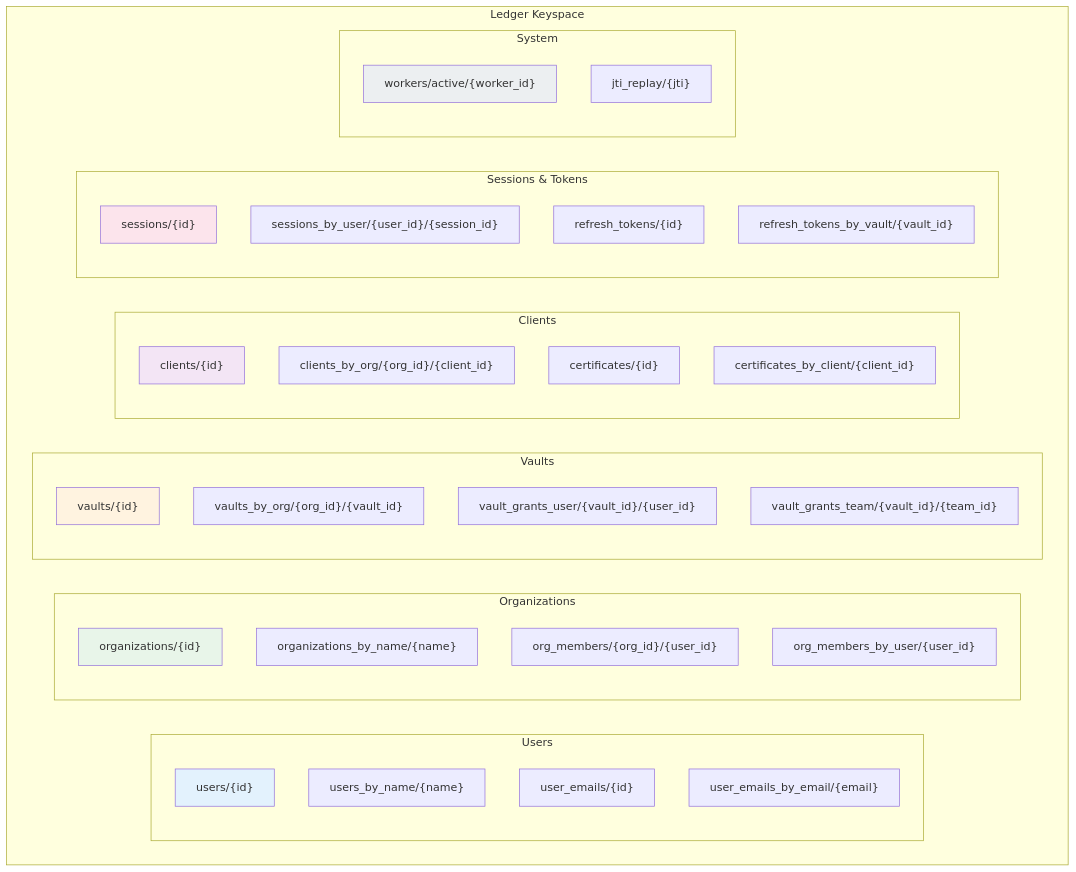
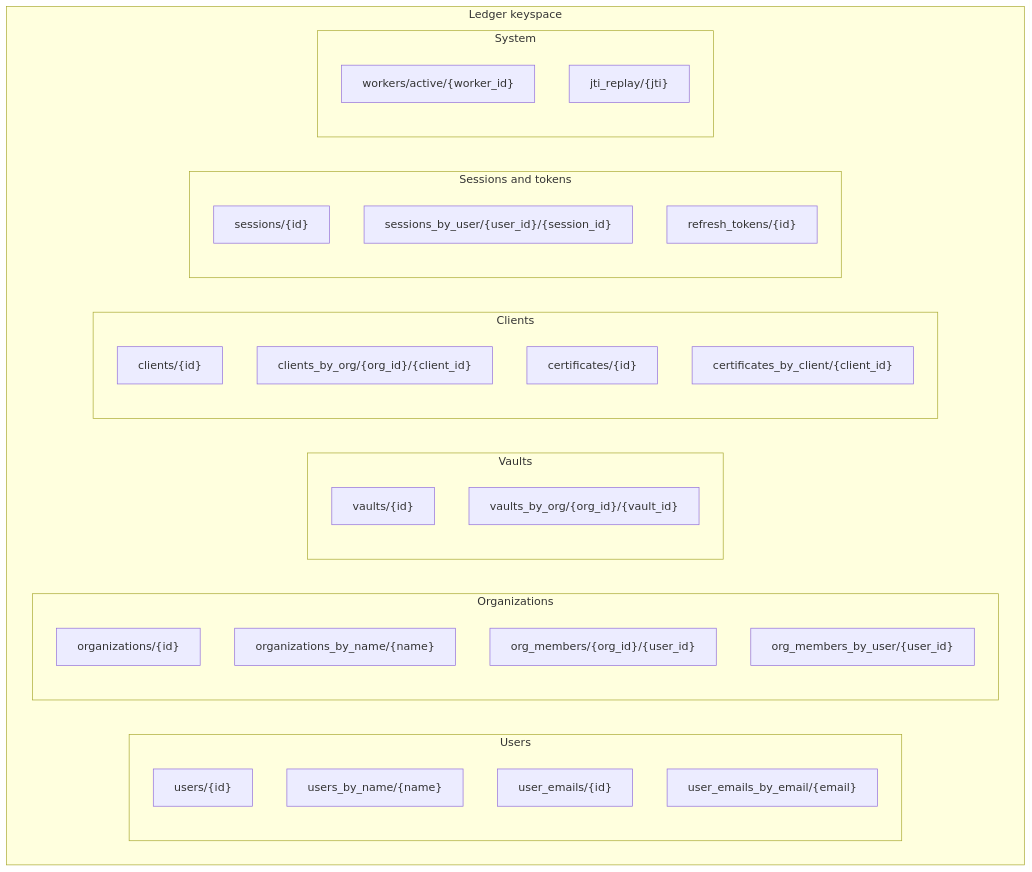
Before and after one commit to inferadb/control: the fourth of 5 diagrams in docs/architecture.md, drawn with Mermaid. The commit also changed other lines of this file and 46 other files, not shown here.

````diff
--- a/docs/architecture.md
+++ b/docs/architecture.md
@@ -274,51 +171,41 @@
 ```mermaid
 graph TB
-    subgraph "Ledger Keyspace"
+    subgraph "Ledger keyspace"
         subgraph "Users"
             U1["users/{id}"]
             U2["users_by_name/{name}"]
             U3["user_emails/{id}"]
             U4["user_emails_by_email/{email}"]
         end
 
         subgraph "Organizations"
             O1["organizations/{id}"]
             O2["organizations_by_name/{name}"]
             O3["org_members/{org_id}/{user_id}"]
             O4["org_members_by_user/{user_id}"]
         end
 
         subgraph "Vaults"
             V1["vaults/{id}"]
             V2["vaults_by_org/{org_id}/{vault_id}"]
-            V3["vault_grants_user/{vault_id}/{user_id}"]
-            V4["vault_grants_team/{vault_id}/{team_id}"]
         end
 
         subgraph "Clients"
             C1["clients/{id}"]
             C2["clients_by_org/{org_id}/{client_id}"]
             C3["certificates/{id}"]
             C4["certificates_by_client/{client_id}"]
         end
 
-        subgraph "Sessions & Tokens"
+        subgraph "Sessions and tokens"
             S1["sessions/{id}"]
             S2["sessions_by_user/{user_id}/{session_id}"]
             S3["refresh_tokens/{id}"]
-            S4["refresh_tokens_by_vault/{vault_id}"]
         end
 
         subgraph "System"
             SYS1["workers/active/{worker_id}"]
-            SYS3["jti_replay/{jti}"]
+            SYS2["jti_replay/{jti}"]
         end
     end
-
-    style U1 fill:#E3F2FD
-    style O1 fill:#E8F5E9
-    style V1 fill:#FFF3E0
-    style C1 fill:#F3E5F5
-    style S1 fill:#FCE4EC
-    style SYS1 fill:#ECEFF1
 ```
````
